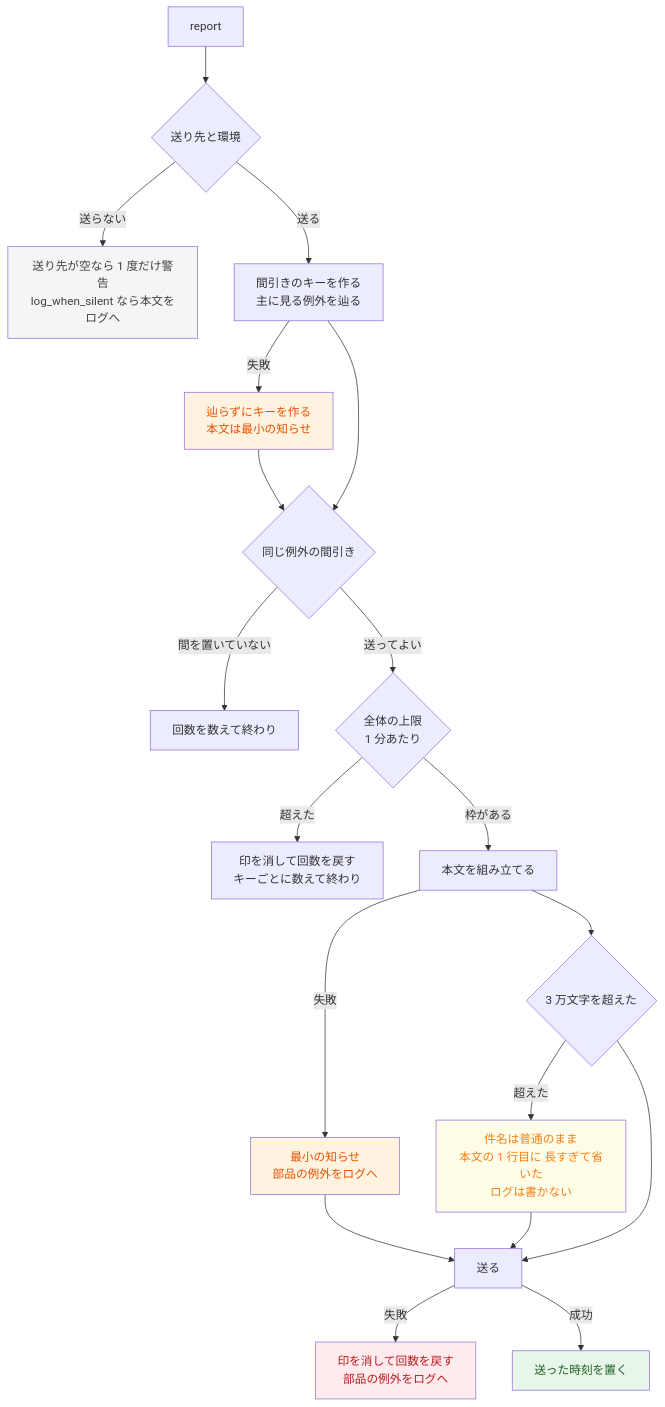
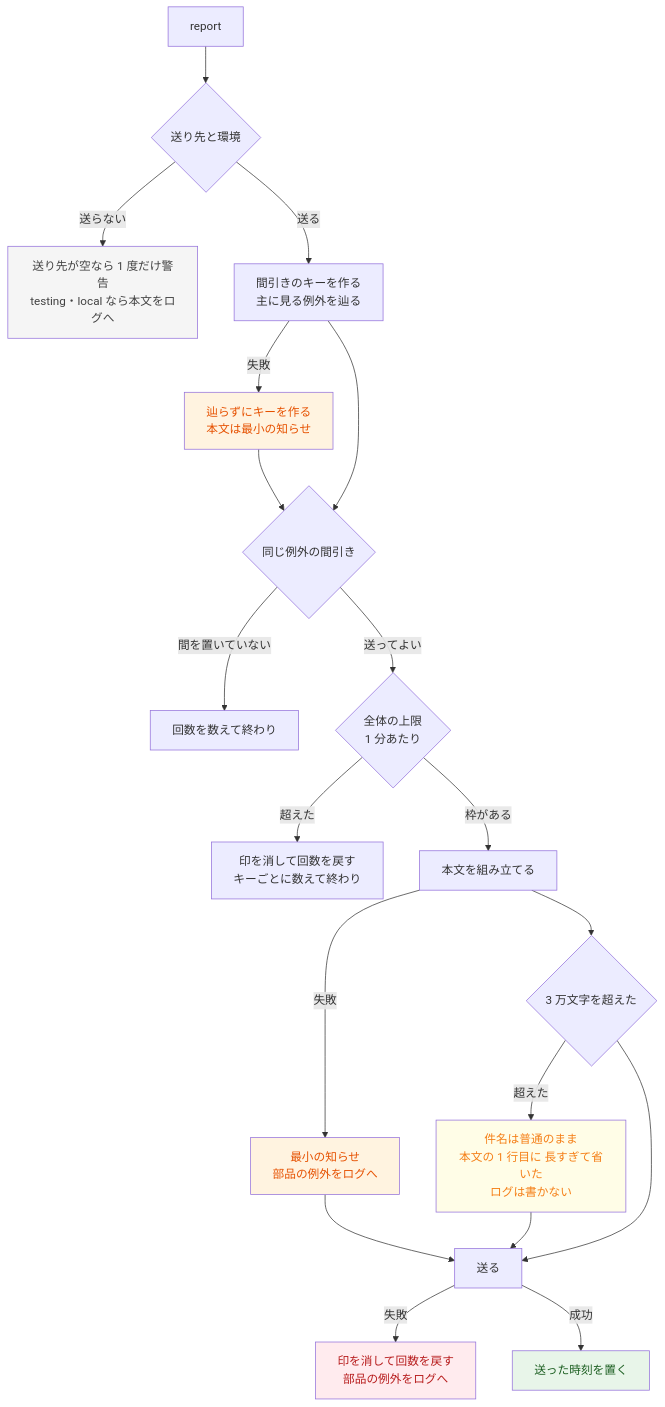
Before and after one commit to ad5-inc/rich-php-chatwork: the diagram in docs/design.md, drawn with Mermaid. The commit also changed other lines of this file and 20 other files, not shown here.

````diff
--- a/docs/design.md
+++ b/docs/design.md
@@ -18,28 +18,28 @@
 ```mermaid
 flowchart TD
     A[report] --> B{送り先と環境}
-    B -->|送らない| B1[送り先が空なら 1 度だけ警告<br/>log_when_silent なら本文をログへ]
+    B -->|送らない| B1[送り先が空なら 1 度だけ警告<br/>testing・local なら本文をログへ]
     B -->|送る| C[間引きのキーを作る<br/>主に見る例外を辿る]
     C -->|失敗| C1[辿らずにキーを作る<br/>本文は最小の知らせ]
     C --> D{同じ例外の間引き}
     C1 --> D
     D -->|間を置いていない| D1[回数を数えて終わり]
     D -->|送ってよい| E{全体の上限<br/>1 分あたり}
     E -->|超えた| E1[印を消して回数を戻す<br/>キーごとに数えて終わり]
     E -->|枠がある| F[本文を組み立てる]
     F -->|失敗| F1[最小の知らせ<br/>部品の例外をログへ]
     F --> F2{3 万文字を超えた}
     F2 -->|超えた| F3[件名は普通のまま<br/>本文の 1 行目に 長すぎて省いた<br/>ログは書かない]
     F2 --> G[送る]
     F1 --> G
     F3 --> G
     G -->|失敗| G1[印を消して回数を戻す<br/>部品の例外をログへ]
     G -->|成功| H[送った時刻を置く]
 
     style B1 fill:#f5f5f5,color:#424242
     style C1 fill:#fff3e0,color:#e65100
     style F1 fill:#fff3e0,color:#e65100
     style F3 fill:#fffde7,color:#f57f17
     style G1 fill:#ffebee,color:#b71c1c
     style H fill:#e8f5e9,color:#1b5e20
 ```
````
